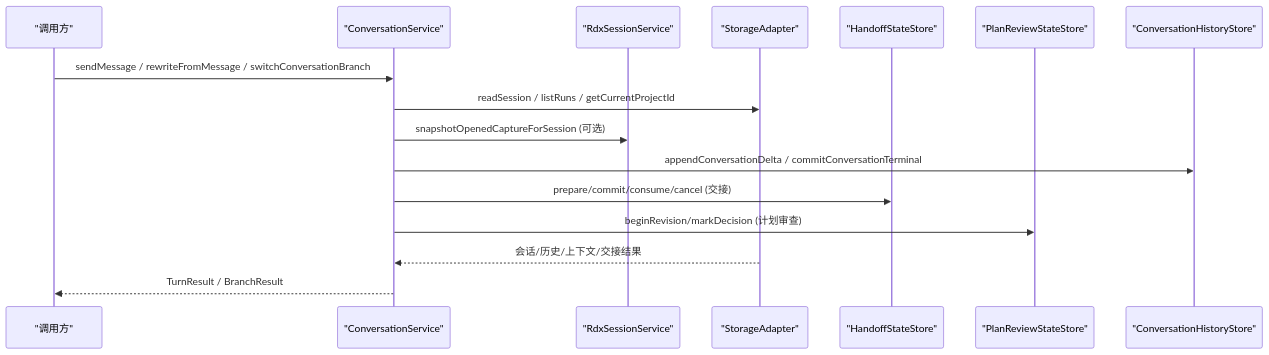
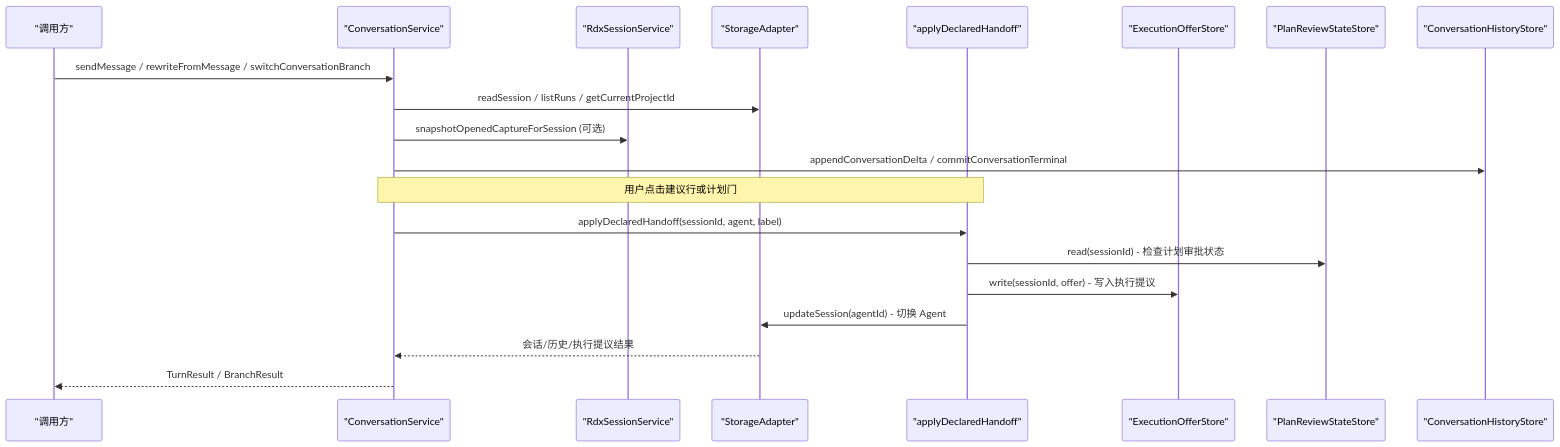
The second of 8 diagrams in .qoder/repowiki/zh/content/核心模块/会话管理系统/会话管理系统.md (haolange/RDC-Agent), drawn with Mermaid before and after one commit. The commit also changed other lines of this file and 90 other files, not shown here.

````diff
--- a/.qoder/repowiki/zh/content/核心模块/会话管理系统/会话管理系统.md
+++ b/.qoder/repowiki/zh/content/核心模块/会话管理系统/会话管理系统.md
@@ -117,18 +127,22 @@
 ```mermaid
 sequenceDiagram
 participant UI as "调用方"
 participant CS as "ConversationService"
 participant RS as "RdxSessionService"
 participant SA as "StorageAdapter"
-participant HS as "HandoffStateStore"
+participant ADH as "applyDeclaredHandoff"
+participant EOS as "ExecutionOfferStore"
 participant PRS as "PlanReviewStateStore"
 participant CHS as "ConversationHistoryStore"
 UI->>CS : sendMessage / rewriteFromMessage / switchConversationBranch
 CS->>SA : readSession / listRuns / getCurrentProjectId
 CS->>RS : snapshotOpenedCaptureForSession (可选)
 CS->>CHS : appendConversationDelta / commitConversationTerminal
-CS->>HS : prepare/commit/consume/cancel (交接)
-CS->>PRS : beginRevision/markDecision (计划审查)
-SA-->>CS : 会话/历史/上下文/交接结果
+Note over CS,ADH : 用户点击建议行或计划门
+CS->>ADH : applyDeclaredHandoff(sessionId, agent, label)
+ADH->>PRS : read(sessionId) - 检查计划审批状态
+ADH->>EOS : write(sessionId, offer) - 写入执行提议
+ADH->>SA : updateSession(agentId) - 切换 Agent
+SA-->>CS : 会话/历史/执行提议结果
 CS-->>UI : TurnResult / BranchResult
 ```
````
